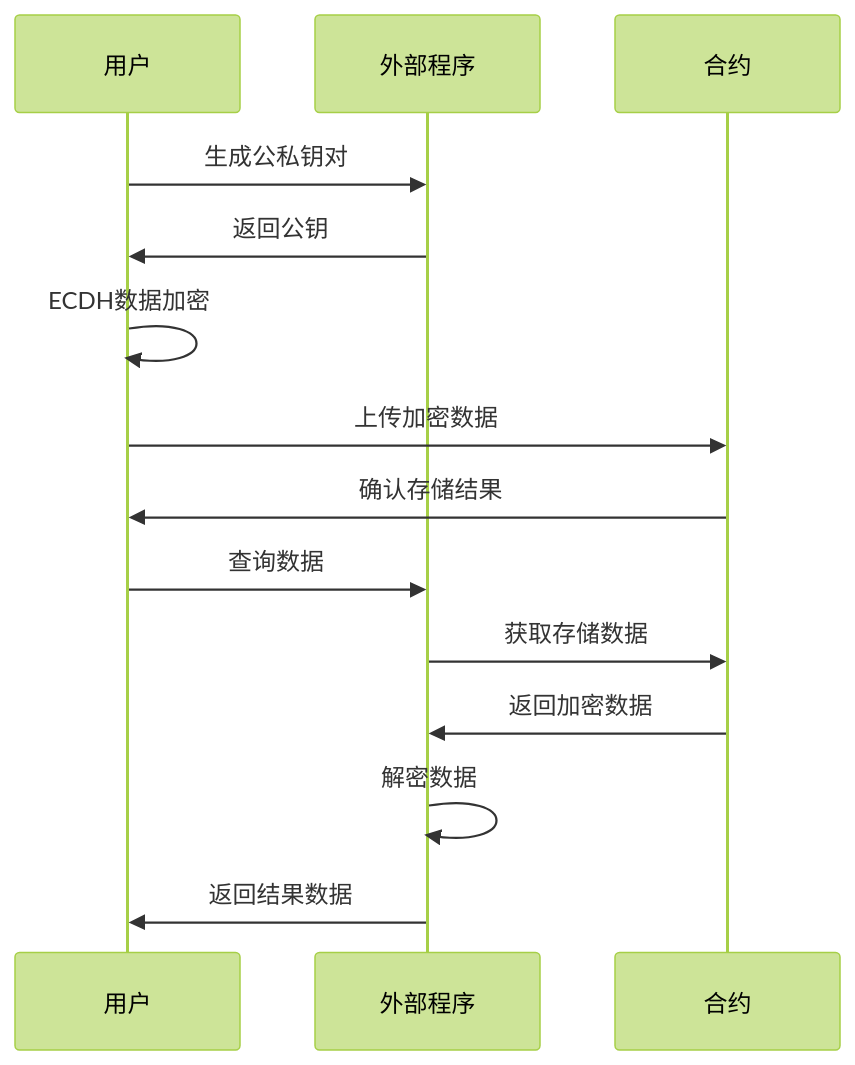
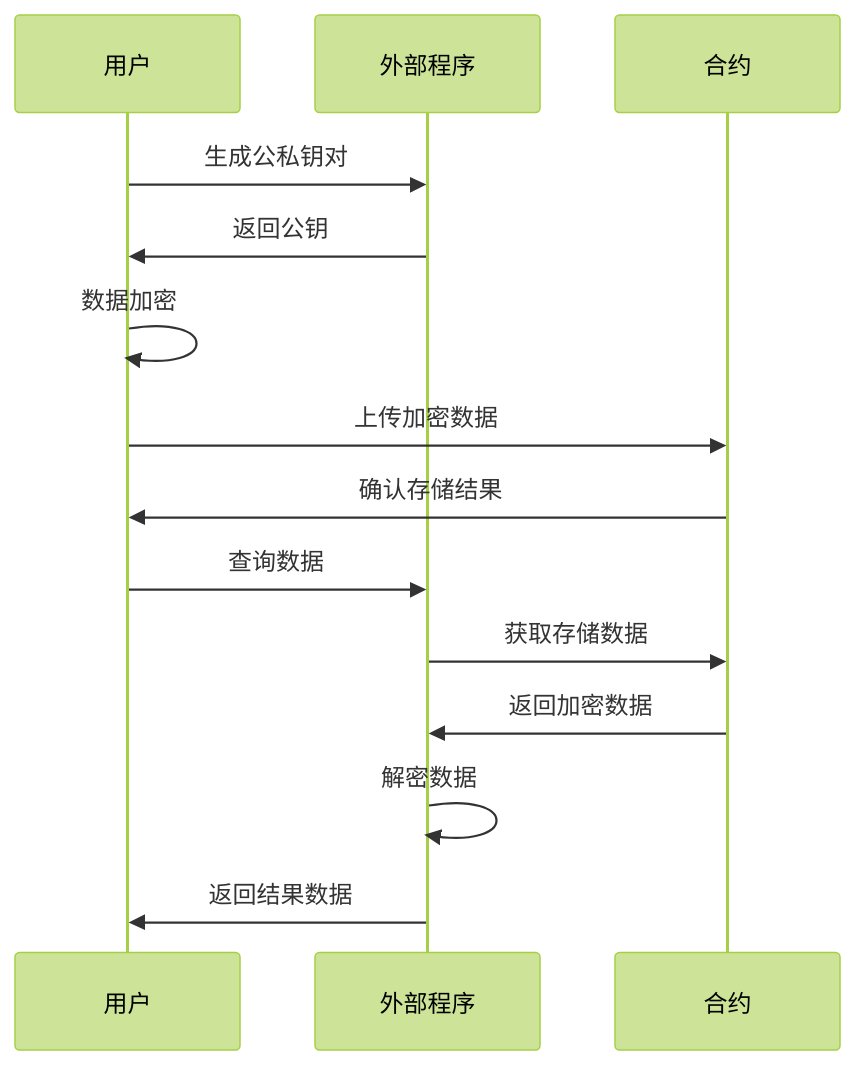
One commit to MoyunRz/store-data changed the third of 5 diagrams in doc/合约存取共享.md. Above: the diagram before and after it, drawn with Mermaid (forest theme). The commit also changed other lines of this file, not shown here.

Commit message:
ECDH加密存储简单过程

````diff
--- a/doc/合约存取共享.md
+++ b/doc/合约存取共享.md
@@ -45,18 +45,18 @@
 ```mermaid
 sequenceDiagram
     participant 用户
     participant 外部程序
     participant 合约
 
     用户->>外部程序: 生成公私钥对
     外部程序->>用户: 返回公钥
-    用户->>用户: ECDH数据加密
+    用户->>用户: 数据加密
     用户->>合约: 上传加密数据
     合约->>用户: 确认存储结果
     用户->>外部程序: 查询数据
     外部程序->>合约: 获取存储数据
     合约->>外部程序: 返回加密数据
     外部程序->>外部程序:解密数据
     外部程序->>用户:返回结果数据
    
 ```
````
